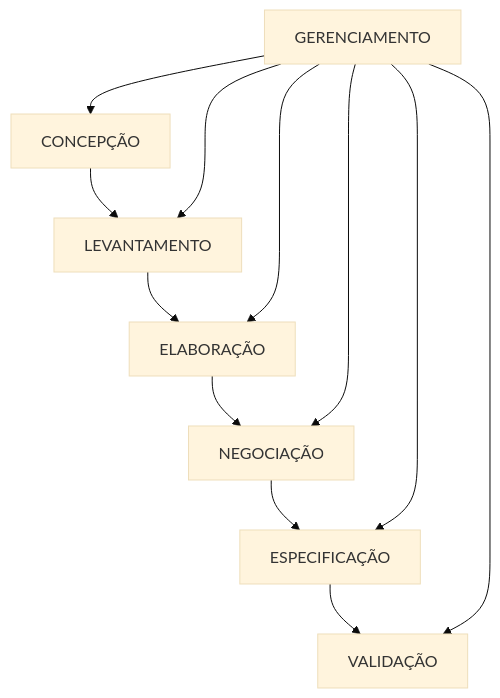
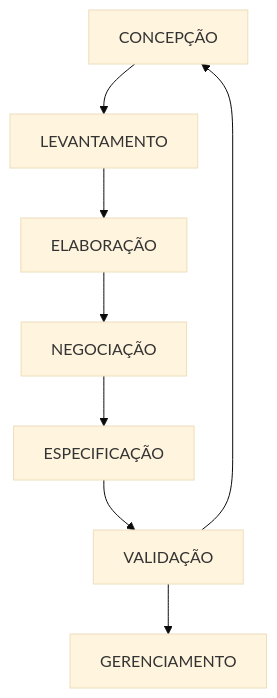
One commit to ericmds/3-Semestre changed the diagram in Engenharia e Requisitos de Software/Aula 02.04.25.md. Above: the diagram before and after it, drawn with Mermaid (base theme).

Commit message:
Update Aula 02.04.25.md

````diff
--- a/Engenharia e Requisitos de Software/Aula 02.04.25.md
+++ b/Engenharia e Requisitos de Software/Aula 02.04.25.md
@@ -2,14 +2,10 @@
   ```mermaid
   graph TD;
     CONCEPÇÃO-->LEVANTAMENTO
     LEVANTAMENTO-->ELABORAÇÃO
     ELABORAÇÃO-->NEGOCIAÇÃO
     NEGOCIAÇÃO-->ESPECIFICAÇÃO
     ESPECIFICAÇÃO-->VALIDAÇÃO
-    GERENCIAMENTO-->CONCEPÇÃO
-    GERENCIAMENTO-->LEVANTAMENTO
-    GERENCIAMENTO-->ELABORAÇÃO
-    GERENCIAMENTO-->NEGOCIAÇÃO
-    GERENCIAMENTO-->ESPECIFICAÇÃO
-    GERENCIAMENTO-->VALIDAÇÃO
+    VALIDAÇÃO-->GERENCIAMENTO
+    VALIDAÇÃO-->CONCEPÇÃO
   ```
````
